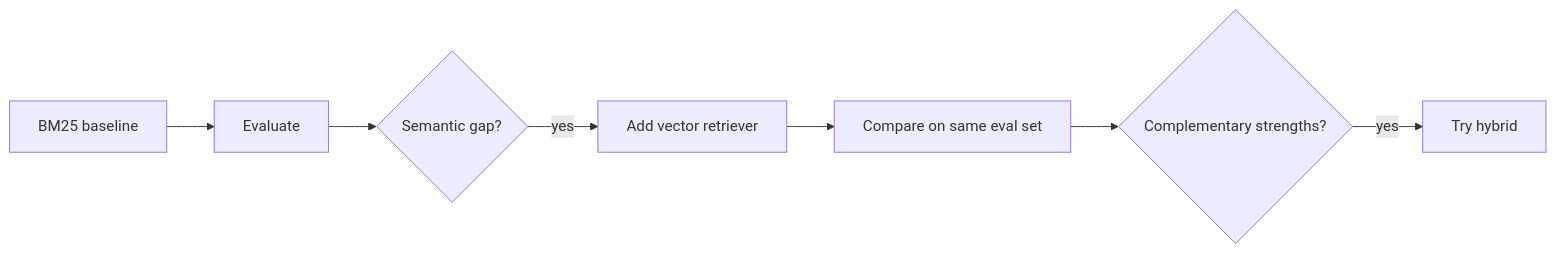
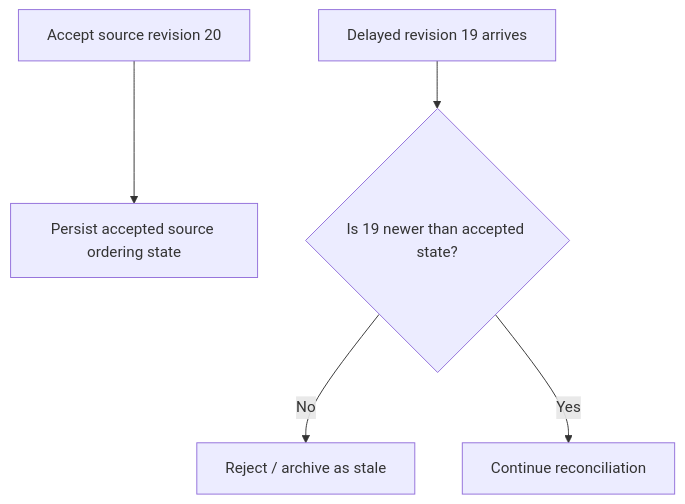
The ninth of 17 diagrams in docs/learning/ENTERPRISE_KNOWLEDGE_SYSTEMS_INTERVIEW_GUIDE.md (kumarchandansingh/tropos), drawn with Mermaid before and after one commit. The commit also changed other lines of this file, not shown here.

````diff
--- a/docs/learning/ENTERPRISE_KNOWLEDGE_SYSTEMS_INTERVIEW_GUIDE.md
+++ b/docs/learning/ENTERPRISE_KNOWLEDGE_SYSTEMS_INTERVIEW_GUIDE.md
@@ -425,9 +556,7 @@
 ```mermaid
-flowchart LR
-    B[BM25 baseline] --> E[Evaluate]
-    E --> G{Semantic gap?}
-    G -->|yes| V[Add vector retriever]
-    V --> C[Compare on same eval set]
-    C --> H{Complementary strengths?}
-    H -->|yes| Y[Try hybrid]
+flowchart TD
+    A[Accept source revision 20] --> B[Persist accepted source ordering state]
+    C[Delayed revision 19 arrives] --> D{Is 19 newer than accepted state?}
+    D -->|No| E[Reject / archive as stale]
+    D -->|Yes| F[Continue reconciliation]
 ```
````
